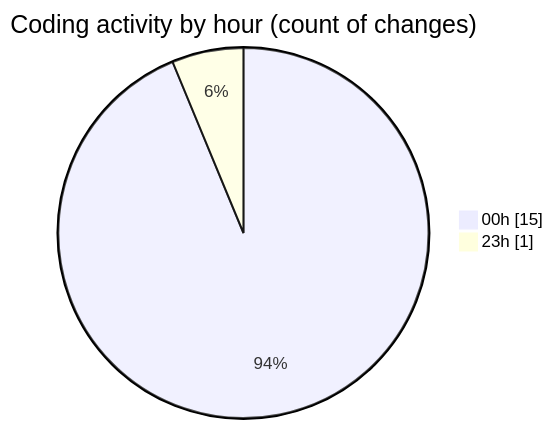
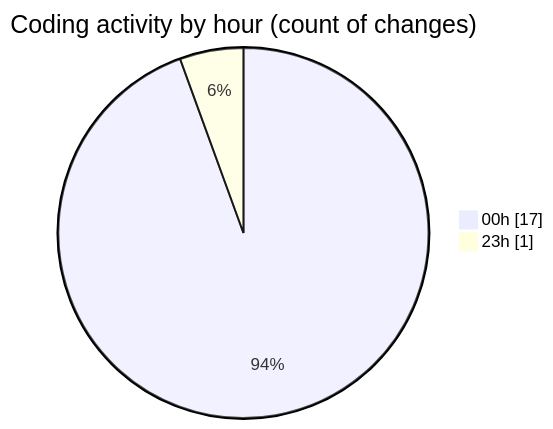
Before and after one commit to EIIisD/code-tracking: the second of 2 diagrams in 2025-07-29/refunds/README.md, drawn with Mermaid. The commit also changed other lines of this file and 1 other file, not shown here.

````diff
--- a/2025-07-29/refunds/README.md
+++ b/2025-07-29/refunds/README.md
@@ -28,6 +28,6 @@
 ```mermaid
 pie showData
 title Coding activity by hour (count of changes)
-"00h" : 15
+"00h" : 17
 "23h" : 1
 ```
````
